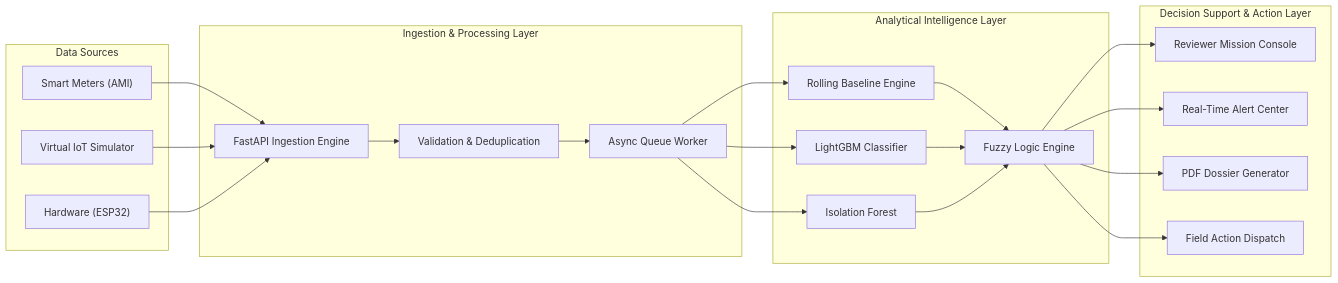
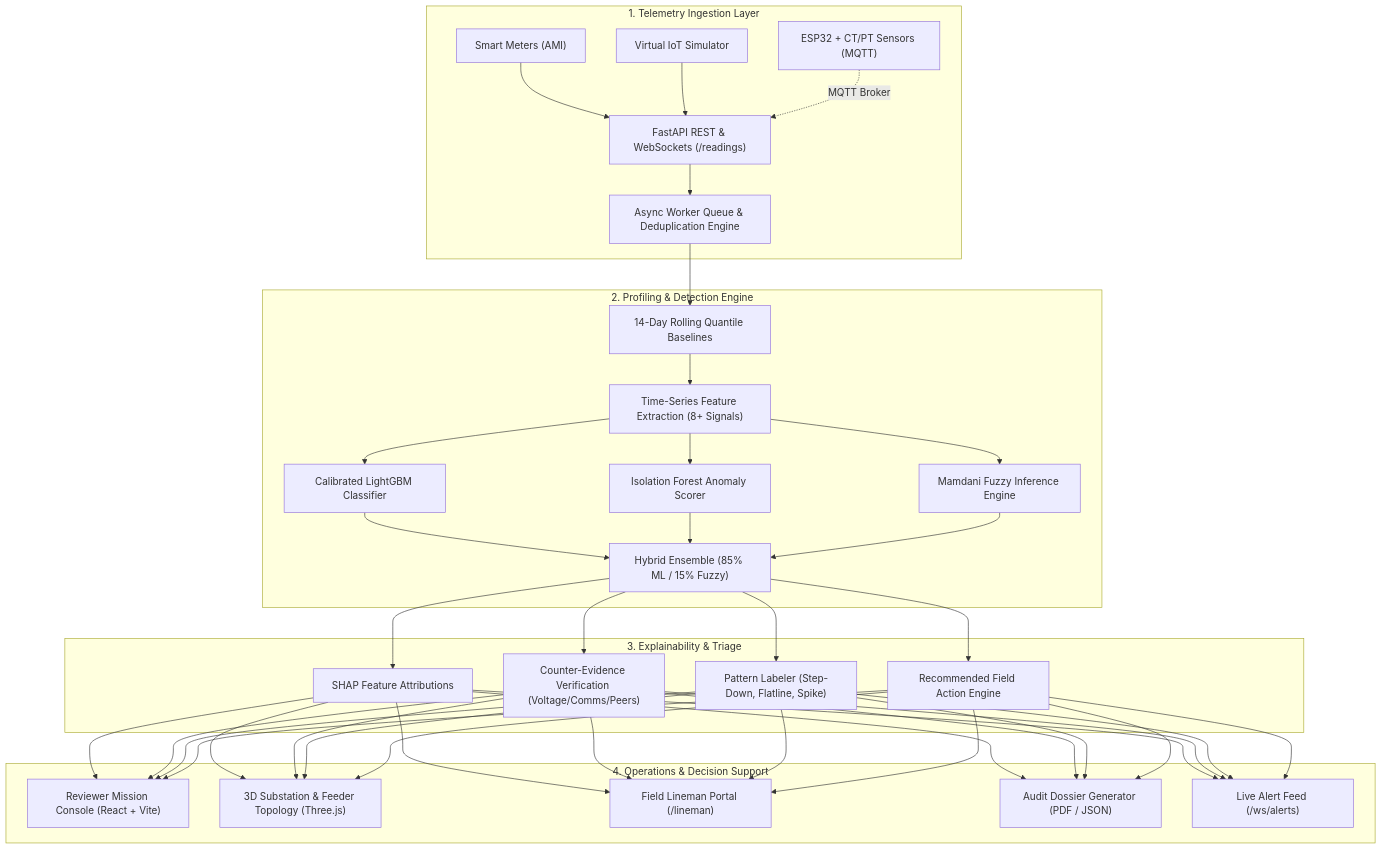
The diagram in README.md (Puneethteja/TraceWatt), drawn with Mermaid before and after one commit. The commit also changed other lines of this file, not shown here.

Commit message:
docs: update README.md with comprehensive architecture, features, and evaluation documentation

````diff
--- a/README.md
+++ b/README.md
@@ -160,36 +44,46 @@
 ```mermaid
-flowchart LR
-    subgraph Data Sources
-        S1["Smart Meters (AMI)"]
-        S2["Virtual IoT Simulator"]
-        S3["Hardware (ESP32)"]
+flowchart TD
+    subgraph Ingestion["1. Telemetry Ingestion Layer"]
+        AMI["Smart Meters (AMI)"]
+        SIM["Virtual IoT Simulator"]
+        ESP["ESP32 + CT/PT Sensors (MQTT)"]
+        API["FastAPI REST & WebSockets (/readings)"]
+        QUEUE["Async Worker Queue & Deduplication Engine"]
+        AMI --> API
+        SIM --> API
+        ESP -.->|MQTT Broker| API
+        API --> QUEUE
     end
 
-    subgraph Ingestion & Processing Layer
-        P1["FastAPI Ingestion Engine"]
-        P2["Validation & Deduplication"]
-        P3["Async Queue Worker"]
+    subgraph Engine["2. Profiling & Detection Engine"]
+        BASE["14-Day Rolling Quantile Baselines"]
+        FEAT["Time-Series Feature Extraction (8+ Signals)"]
+        LGBM["Calibrated LightGBM Classifier"]
+        IFOR["Isolation Forest Anomaly Scorer"]
+        FUZZY["Mamdani Fuzzy Inference Engine"]
+        BLEND["Hybrid Ensemble (85% ML / 15% Fuzzy)"]
+        
+        QUEUE --> BASE --> FEAT
+        FEAT --> LGBM & IFOR
+        FEAT --> FUZZY
+        LGBM & IFOR & FUZZY --> BLEND
     end
 
-    subgraph Analytical Intelligence Layer
-        M1["Rolling Baseline Engine"]
-        M2["LightGBM Classifier"]
-        M3["Isolation Forest"]
-        M4["Fuzzy Logic Engine"]
+    subgraph Attribution["3. Explainability & Triage"]
+        SHAP["SHAP Feature Attributions"]
+        CE["Counter-Evidence Verification (Voltage/Comms/Peers)"]
+        PATT["Pattern Labeler (Step-Down, Flatline, Spike)"]
+        ACT["Recommended Field Action Engine"]
+        BLEND --> SHAP & CE & PATT & ACT
     end
 
-    subgraph Decision Support & Action Layer
-        D1["Reviewer Mission Console"]
-        D2["Real-Time Alert Center"]
-        D3["PDF Dossier Generator"]
-        D4["Field Action Dispatch"]
+    subgraph Presentation["4. Operations & Decision Support"]
+        DASH["Reviewer Mission Console (React + Vite)"]
+        THREE["3D Substation & Feeder Topology (Three.js)"]
+        LINE["Field Lineman Portal (/lineman)"]
+        PDF["Audit Dossier Generator (PDF / JSON)"]
+        WS["Live Alert Feed (/ws/alerts)"]
+
+        SHAP & CE & PATT & ACT --> DASH & THREE & LINE & PDF & WS
     end
-
-    S1 --> P1
-    S2 --> P1
-    S3 --> P1
-    P1 --> P2 --> P3
-    P3 --> M1 & M2 & M3
-    M1 & M2 & M3 --> M4
-    M4 --> D1 & D2 & D3 & D4
 ```
````
